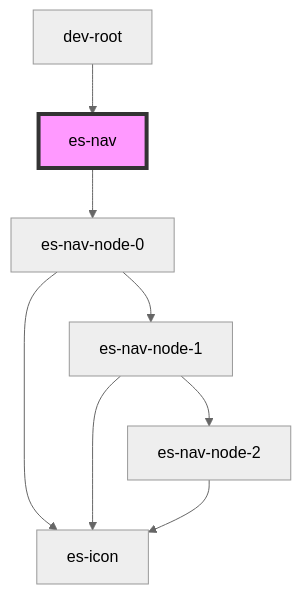
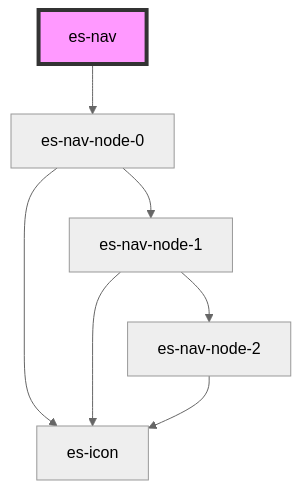
Before and after one commit to EventStore/Design-System: the diagram in packages/layout/src/components/es-nav/readme.md, drawn with Mermaid (neutral theme). The commit also changed other lines of this file and 20 other files, not shown here.

Commit message:
Make es-nav leaves optionally strict - don't default to strict - add option to re-enable it - move dev-root to be a .demo component

````diff
--- a/packages/layout/src/components/es-nav/readme.md
+++ b/packages/layout/src/components/es-nav/readme.md
@@ -223,11 +219,10 @@
 ```mermaid
 graph TD;
   es-nav --> es-nav-node-0
   es-nav-node-0 --> es-nav-node-1
   es-nav-node-0 --> es-icon
   es-nav-node-1 --> es-nav-node-2
   es-nav-node-1 --> es-icon
   es-nav-node-2 --> es-icon
-  dev-root --> es-nav
   style es-nav fill:#f9f,stroke:#333,stroke-width:4px
 ```
````
